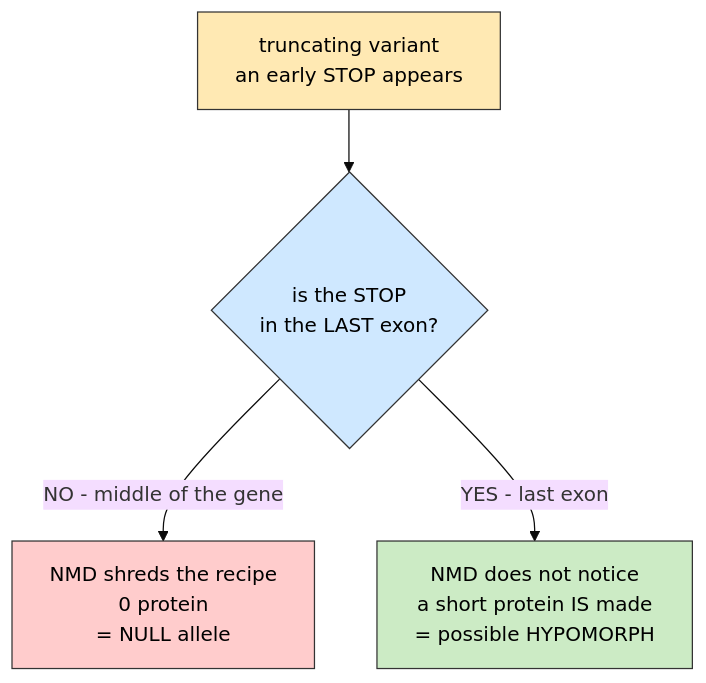
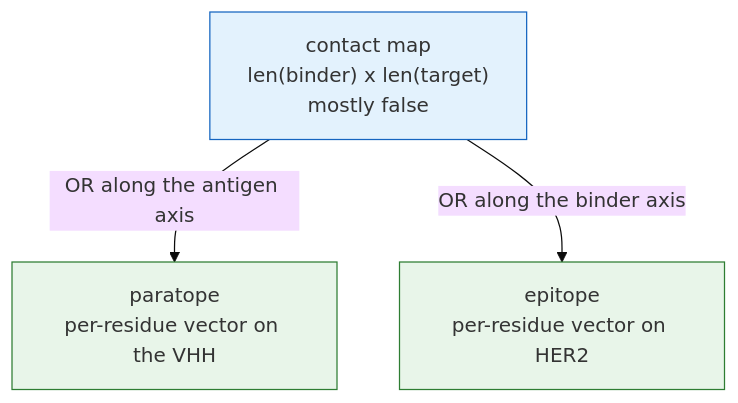
One commit to agharsallah/mva-hackathon changed the second of 6 diagrams in docs/dictionary.md. Above: the diagram before and after it, drawn with Mermaid (base theme). The commit also changed other lines of this file and 45 other files, not shown here.

````diff
--- a/docs/dictionary.md
+++ b/docs/dictionary.md
@@ -534,10 +372,8 @@
 ```mermaid
-flowchart TB
-    V["truncating variant<br/>an early STOP appears"] --> Q{"is the STOP<br/>in the LAST exon?"}
-    Q -->|"NO - middle of the gene"| N["NMD shreds the recipe<br/>0 protein<br/>= NULL allele"]
-    Q -->|"YES - last exon"| E["NMD does not notice<br/>a short protein IS made<br/>= possible HYPOMORPH"]
-    style V fill:#ffe9b3,stroke:#333,color:#000
-    style Q fill:#cfe8ff,stroke:#333,color:#000
-    style N fill:#ffcccc,stroke:#333,color:#000
-    style E fill:#ccebc5,stroke:#333,color:#000
+graph TD
+    CM["contact map<br/>len(binder) x len(target)<br/>mostly false"]:::machine
+    CM -->|"OR along the antigen axis"| PARA["paratope<br/>per-residue vector on the VHH"]:::good
+    CM -->|"OR along the binder axis"| EPI["epitope<br/>per-residue vector on HER2"]:::good
+    classDef machine fill:#e3f2fd,stroke:#1565c0
+    classDef good fill:#e8f5e9,stroke:#2e7d32
 ```
````
